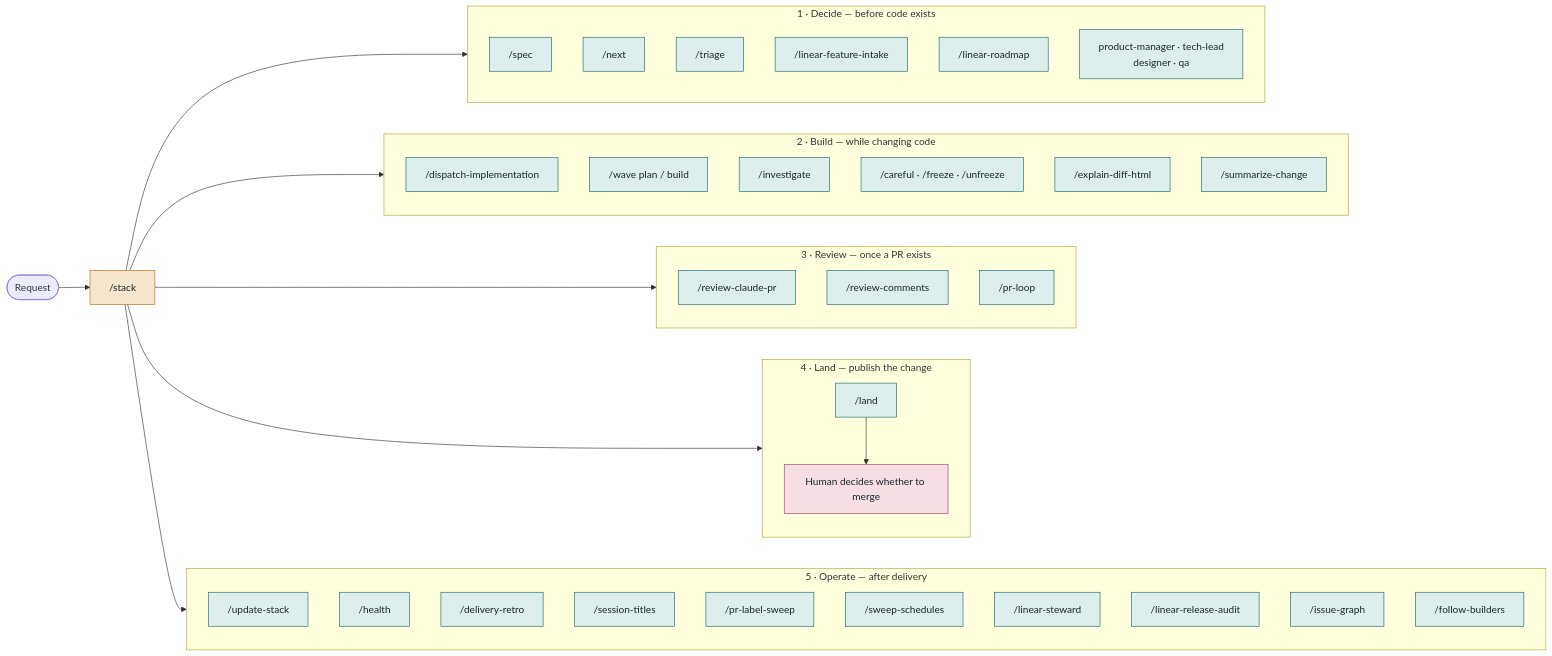
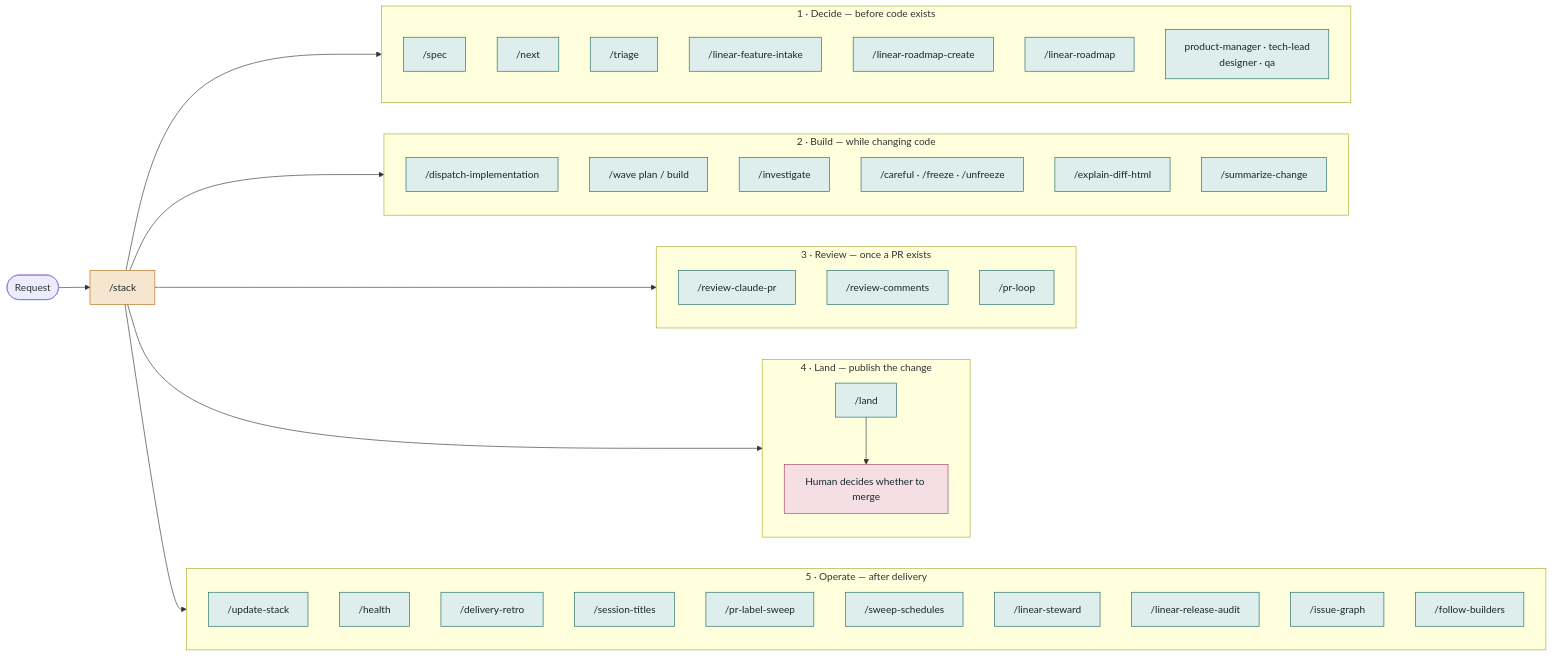
Before and after one commit to khalilouardini/kstack: the second of 5 diagrams in docs/skill-map.md, drawn with Mermaid. The commit also changed other lines of this file and 15 other files, not shown here.

Commit message:
feat: add Linear roadmap creation with evals

````diff
--- a/docs/skill-map.md
+++ b/docs/skill-map.md
@@ -40,64 +40,65 @@
 ```mermaid
 flowchart LR
     request([Request]) --> router["/stack"]
     router --> decide
     router --> build
     router --> review
     router --> land
     router --> operate
 
     subgraph decide["1 · Decide — before code exists"]
       direction TB
       spec["/spec"]
       next["/next"]
       triage["/triage"]
       intake["/linear-feature-intake"]
+      creator["/linear-roadmap-create"]
       roadmap["/linear-roadmap"]
       roles["product-manager · tech-lead<br/>designer · qa"]
     end
 
     subgraph build["2 · Build — while changing code"]
       direction TB
       dispatch["/dispatch-implementation"]
       wave["/wave plan / build"]
       investigate["/investigate"]
       controls["/careful · /freeze · /unfreeze"]
       explain["/explain-diff-html"]
       summarize["/summarize-change"]
     end
 
     subgraph review["3 · Review — once a PR exists"]
       direction TB
       produce["/review-claude-pr"]
       respond["/review-comments"]
       loop["/pr-loop"]
     end
 
     subgraph land["4 · Land — publish the change"]
       direction TB
       landSkill["/land"]
       human["Human decides whether to merge"]
       landSkill --> human
     end
 
     subgraph operate["5 · Operate — after delivery"]
       direction TB
       updateStack["/update-stack"]
       health["/health"]
       retro["/delivery-retro"]
       titles["/session-titles"]
       labels["/pr-label-sweep"]
       schedules["/sweep-schedules"]
       steward["/linear-steward"]
       audit["/linear-release-audit"]
       issueGraph["/issue-graph"]
       digest["/follow-builders"]
     end
 
     classDef route fill:#f6e6cf,stroke:#b8690c,color:#16292b
     classDef phase fill:#ddeeec,stroke:#1d6a63,color:#16292b
     classDef stopStyle fill:#f6dee5,stroke:#a04360,color:#16292b
     class router route
-    class spec,next,triage,intake,roadmap,roles,dispatch,wave,investigate,controls,explain,summarize,produce,respond,loop,landSkill,updateStack,health,retro,titles,labels,schedules,steward,audit,issueGraph,digest phase
+    class spec,next,triage,intake,creator,roadmap,roles,dispatch,wave,investigate,controls,explain,summarize,produce,respond,loop,landSkill,updateStack,health,retro,titles,labels,schedules,steward,audit,issueGraph,digest phase
     class human stopStyle
 ```
````
